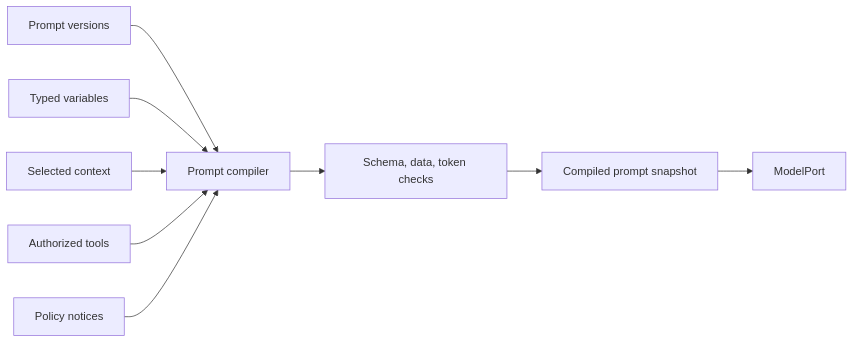
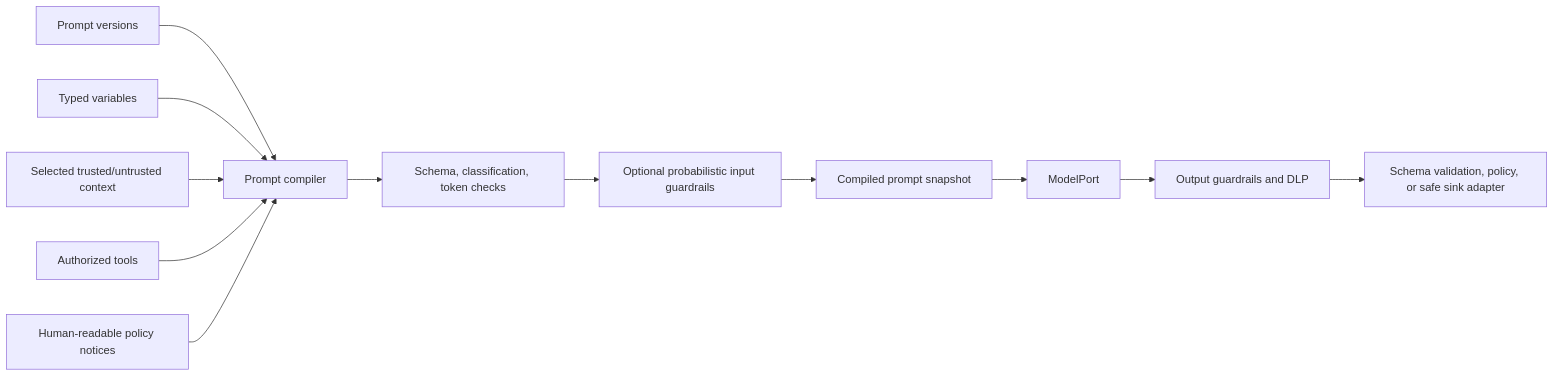
Before and after one commit to thaithienvanid/agentic-reference-architecture: the diagram in handbook/prompts.mdx, drawn with Mermaid. The commit also changed other lines of this file and 6 other files, not shown here.

````diff
--- a/handbook/prompts.mdx
+++ b/handbook/prompts.mdx
@@ -111,11 +73,14 @@
 ```mermaid
 flowchart LR
     Version["Prompt versions"] --> Compiler["Prompt compiler"]
     Variables["Typed variables"] --> Compiler
-    Context["Selected context"] --> Compiler
+    Context["Selected trusted/untrusted context"] --> Compiler
     Tools["Authorized tools"] --> Compiler
-    Policies["Policy notices"] --> Compiler
-    Compiler --> Validate["Schema, data, token checks"]
-    Validate --> Snapshot["Compiled prompt snapshot"]
+    Policies["Human-readable policy notices"] --> Compiler
+    Compiler --> Validate["Schema, classification, token checks"]
+    Validate --> PreGuard["Optional probabilistic input guardrails"]
+    PreGuard --> Snapshot["Compiled prompt snapshot"]
     Snapshot --> Model["ModelPort"]
+    Model --> PostGuard["Output guardrails and DLP"]
+    PostGuard --> Sink["Schema validation, policy, or safe sink adapter"]
 ```
````
